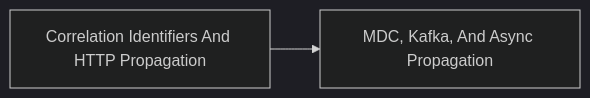
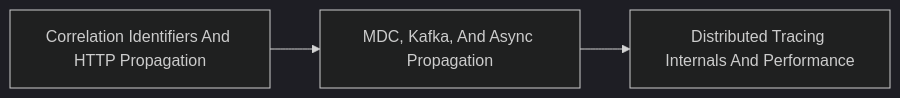
The diagram in documentation/docs/observability/MDC-CORRELATION-TRACING.md (taukhir/shopverse), drawn with Mermaid (dark theme) before and after one commit. The commit also changed other lines of this file and 158 other files, not shown here.

````diff
--- a/documentation/docs/observability/MDC-CORRELATION-TRACING.md
+++ b/documentation/docs/observability/MDC-CORRELATION-TRACING.md
@@ -19,6 +19,7 @@
 ```mermaid
 flowchart LR
     P1["Correlation Identifiers And HTTP Propagation"]
     P2["MDC, Kafka, And Async Propagation"]
-    P1 --> P2
+    P3["Distributed Tracing Internals And Performance"]
+    P1 --> P2 --> P3
 ```
````
